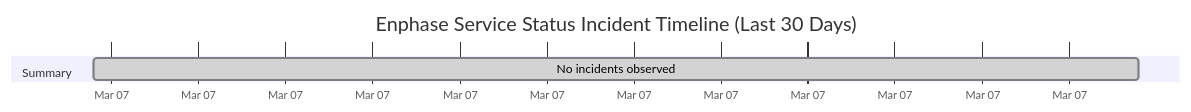
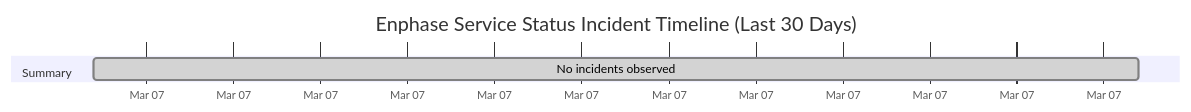
One commit to barneyonline/ha-enphase-ev-charger changed the diagram in wiki/Service-Status-History.md. Above: the diagram before and after it, drawn with Mermaid. The commit also changed other lines of this file and 3 other files, not shown here.

````diff
--- a/wiki/Service-Status-History.md
+++ b/wiki/Service-Status-History.md
@@ -14,8 +14,8 @@
 ```mermaid
 gantt
     title Enphase Service Status Incident Timeline (Last 30 Days)
     dateFormat  YYYY-MM-DDTHH:mm:ss
     axisFormat  %b %d
     section Summary
-    No incidents observed :done, 2026-03-07T20:15:24, 1m
+    No incidents observed :done, 2026-03-07T21:13:02, 1m
 ```
````
